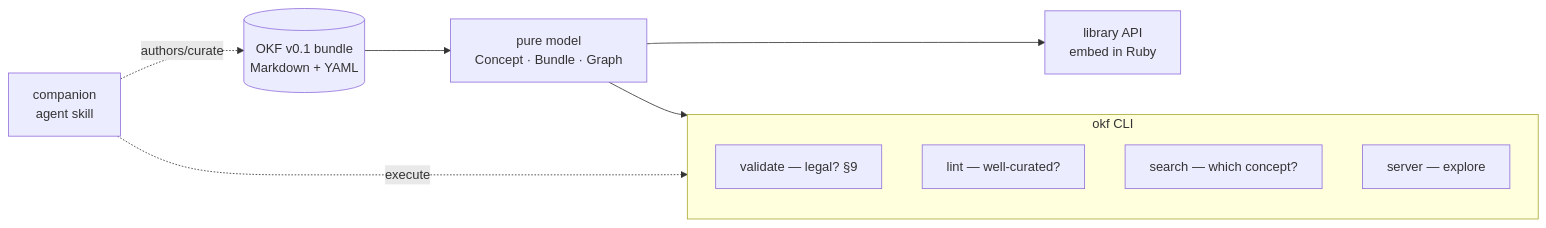
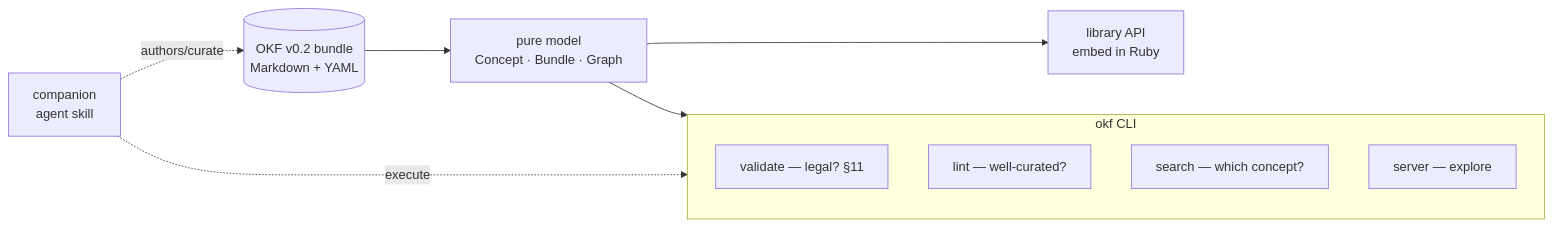
One commit to serradura/okf-gem changed the diagram in .okf/overview.md. Above: the diagram before and after it, drawn with Mermaid. The commit also changed other lines of this file and 61 other files, not shown here.

````diff
--- a/.okf/overview.md
+++ b/.okf/overview.md
@@ -16,14 +23,14 @@
 ```mermaid
 flowchart LR
-  skill["companion<br/>agent skill"] -. authors/curate .-> bundle[("OKF v0.1 bundle<br/>Markdown + YAML")]
+  skill["companion<br/>agent skill"] -. authors/curate .-> bundle[("OKF v0.2 bundle<br/>Markdown + YAML")]
   bundle --> model["pure model<br/>Concept · Bundle · Graph"]
   skill -. execute .-> cli
   subgraph cli ["okf CLI"]
-    validate["validate — legal? §9"]
+    validate["validate — legal? §11"]
     lint["lint — well-curated?"]
     search["search — which concept?"]
     server["server — explore"]
   end
   model --> cli
   model --> library["library API<br/>embed in Ruby"]
 ```
````
